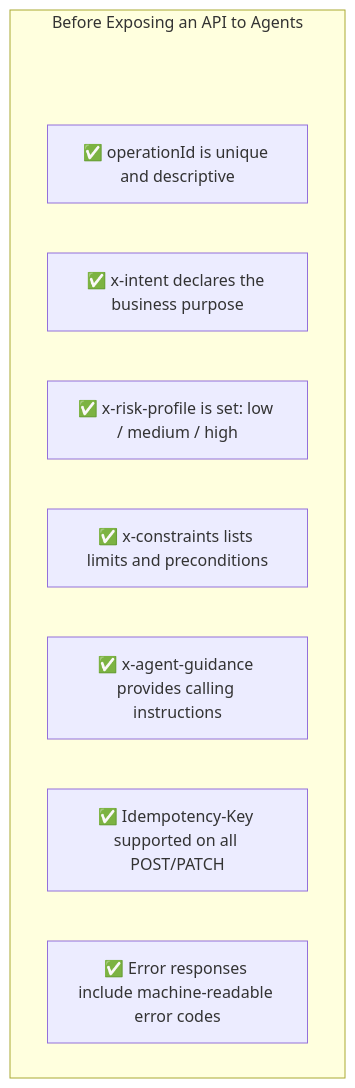
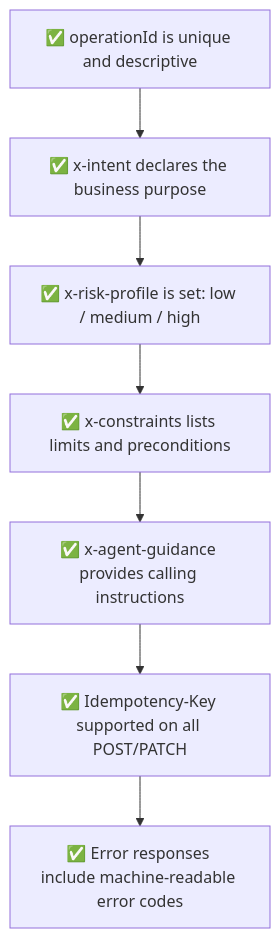
One commit to romangurevitch/GoTraining changed the seventh of 7 diagrams in internal/fundamentals/the-agentic-future/01-designing-apis-for-ai-consumption.md. Above: the diagram before and after it, drawn with Mermaid. The commit also changed other lines of this file and 20 other files, not shown here.

````diff
--- a/internal/fundamentals/the-agentic-future/01-designing-apis-for-ai-consumption.md
+++ b/internal/fundamentals/the-agentic-future/01-designing-apis-for-ai-consumption.md
@@ -152,15 +150,12 @@
 ```mermaid
-graph TB
-    subgraph Checklist["Before Exposing an API to Agents"]
-        SPACE1["  "]
-        C1["✅ operationId is unique and descriptive"]
-        C2["✅ x-intent declares the business purpose"]
-        C3["✅ x-risk-profile is set: low / medium / high"]
-        C4["✅ x-constraints lists limits and preconditions"]
-        C5["✅ x-agent-guidance provides calling instructions"]
-        C6["✅ Idempotency-Key supported on all POST/PATCH"]
-        C7["✅ Error responses include machine-readable error codes"]
-    end
+graph TD
+    C1["✅ operationId is unique and descriptive"]
+    C2["✅ x-intent declares the business purpose"]
+    C3["✅ x-risk-profile is set: low / medium / high"]
+    C4["✅ x-constraints lists limits and preconditions"]
+    C5["✅ x-agent-guidance provides calling instructions"]
+    C6["✅ Idempotency-Key supported on all POST/PATCH"]
+    C7["✅ Error responses include machine-readable error codes"]
 
-    style SPACE1 fill:none,stroke:none
+    C1 --> C2 --> C3 --> C4 --> C5 --> C6 --> C7
 ```
````
